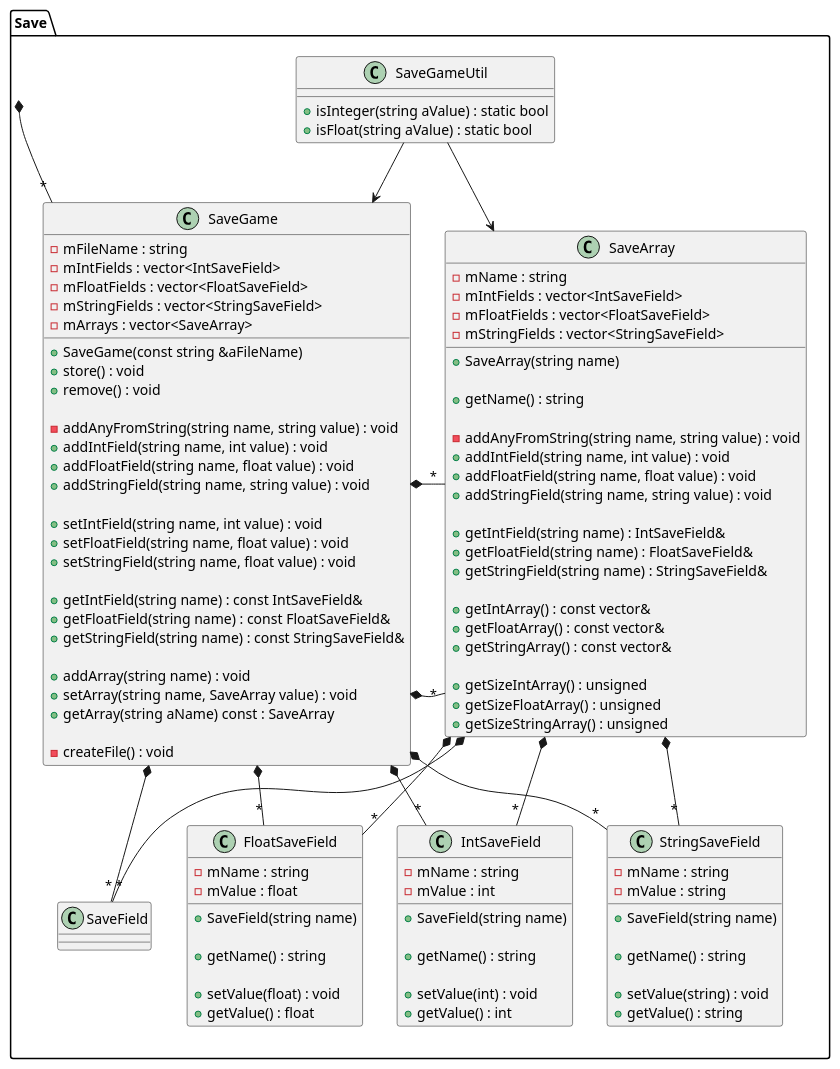
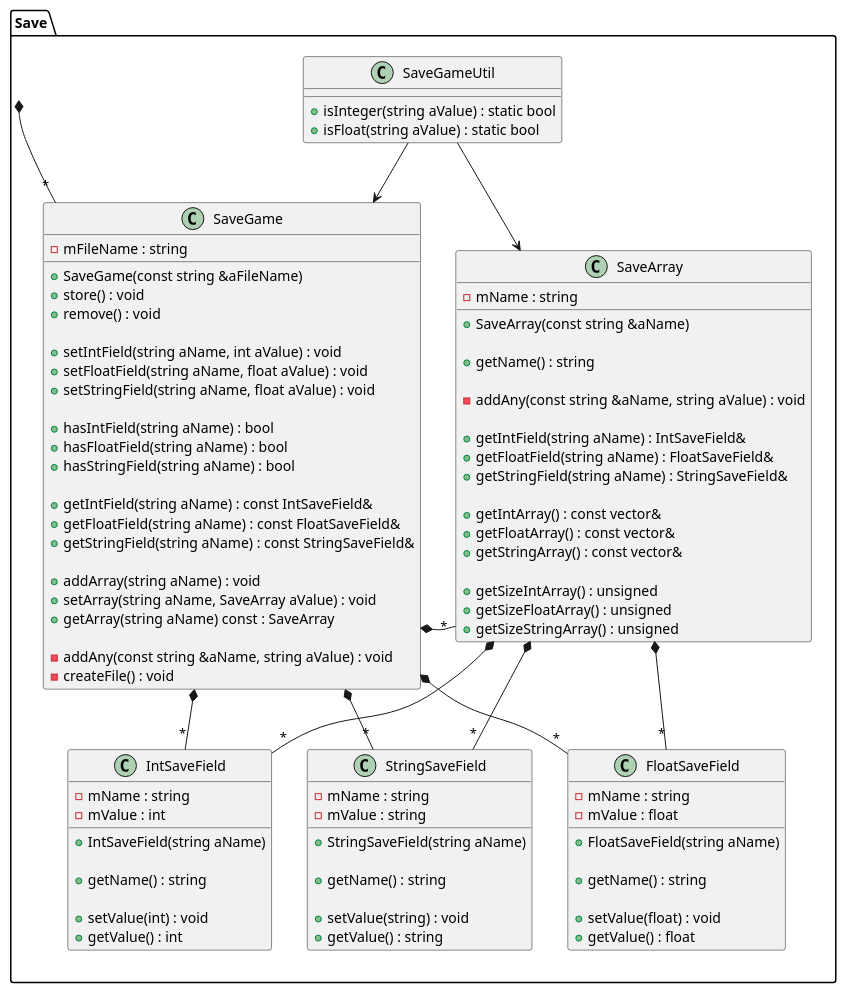
Before and after one commit to Seger01/GameEngine: the diagram in docs/Diagrams/classDiagramPackages/savegamePackage.puml, drawn with PlantUML. The commit also changed 3 other files, not shown here.

```diff
--- a/docs/Diagrams/classDiagramPackages/savegamePackage.puml
+++ b/docs/Diagrams/classDiagramPackages/savegamePackage.puml
@@ -1,124 +1,111 @@
 @startuml savePackageClassDiagram
 
 package Save{
 class SaveGame {
 -mFileName : string
-    - mIntFields : vector<IntSaveField>
-    - mFloatFields : vector<FloatSaveField>
-    - mStringFields : vector<StringSaveField>
-    - mArrays : vector<SaveArray>
     + SaveGame(const string &aFileName)
     + store() : void
     + remove() : void
 
-    - addAnyFromString(string name, string value) : void
-    + addIntField(string name, int value) : void
-    + addFloatField(string name, float value) : void
-    + addStringField(string name, string value) : void
+    + setIntField(string aName, int aValue) : void
+    + setFloatField(string aName, float aValue) : void
+    + setStringField(string aName, float aValue) : void
 
-    + setIntField(string name, int value) : void
-    + setFloatField(string name, float value) : void
-    + setStringField(string name, float value) : void
+    + hasIntField(string aName) : bool
+    + hasFloatField(string aName) : bool
+    + hasStringField(string aName) : bool
 
-    + getIntField(string name) : const IntSaveField&
-    + getFloatField(string name) : const FloatSaveField&
-    + getStringField(string name) : const StringSaveField&
+    + getIntField(string aName) : const IntSaveField&
+    + getFloatField(string aName) : const FloatSaveField&
+    + getStringField(string aName) : const StringSaveField&
 
-    + addArray(string name) : void
-    + setArray(string name, SaveArray value) : void
+    + addArray(string aName) : void
+    + setArray(string aName, SaveArray aValue) : void
     + getArray(string aName) const : SaveArray
 
+    - addAny(const string &aName, string aValue) : void
     - createFile() : void
 }
 
 class SaveArray {
     - mName : string
-    - mIntFields : vector<IntSaveField>
-    - mFloatFields : vector<FloatSaveField>
-    - mStringFields : vector<StringSaveField>
-    + SaveArray(string name)
+    + SaveArray(const string &aName)
 
     + getName() : string
 
-    - addAnyFromString(string name, string value) : void
-    + addIntField(string name, int value) : void
-    + addFloatField(string name, float value) : void
-    + addStringField(string name, string value) : void
+    - addAny(const string &aName, string aValue) : void
 
-    + getIntField(string name) : IntSaveField&
-    + getFloatField(string name) : FloatSaveField&
-    + getStringField(string name) : StringSaveField&
+    + getIntField(string aName) : IntSaveField&
+    + getFloatField(string aName) : FloatSaveField&
+    + getStringField(string aName) : StringSaveField&
 
     + getIntArray() : const vector&
     + getFloatArray() : const vector&
     + getStringArray() : const vector&
 
     + getSizeIntArray() : unsigned
     + getSizeFloatArray() : unsigned
     + getSizeStringArray() : unsigned
 }
 
 
 
 class SaveGameUtil {
   + isInteger(string aValue) : static bool
   + isFloat(string aValue) : static bool
 }
 
 together {
 class IntSaveField {
   - mName : string
   - mValue : int
 
-  + SaveField(string name)
+  + IntSaveField(string aName)
 
   + getName() : string
 
   + setValue(int) : void
   + getValue() : int
 }
 
 class FloatSaveField {
   - mName : string
   - mValue : float
 
-  + SaveField(string name)
+  + FloatSaveField(string aName)
 
   + getName() : string
 
   + setValue(float) : void
   + getValue() : float
 }
 
 class StringSaveField {
   - mName : string
   - mValue : string
 
-  + SaveField(string name)
+  + StringSaveField(string aName)
 
   + getName() : string
 
   + setValue(string) : void
   + getValue() : string
 }
 }
 
-SaveGame *-- "*" SaveField
 SaveGame *-- "*" SaveArray
-SaveArray *-- "*" SaveField
 
 SaveGame <-left- SaveGameUtil
-SaveGame *--"*" SaveArray
 SaveGame -[hidden]> SaveArray
 SaveGame *--"*" IntSaveField
 SaveGame *--"*" FloatSaveField
 SaveGame *--"*" StringSaveField
 
 SaveArray <-up- SaveGameUtil
 SaveArray *--"*" IntSaveField
 SaveArray *--"*" FloatSaveField
 SaveArray *--"*" StringSaveField
 }
 
 Save *-- "*" SaveGame
 @enduml
```
